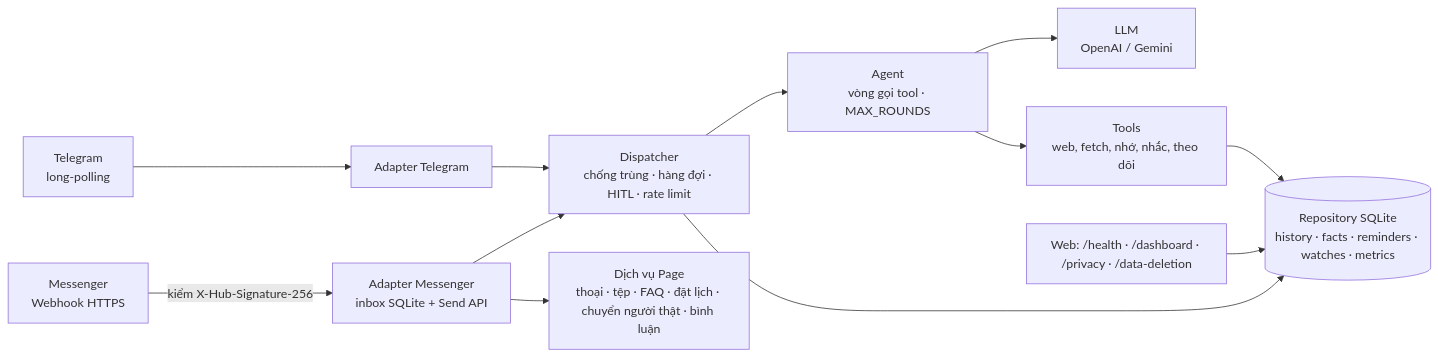
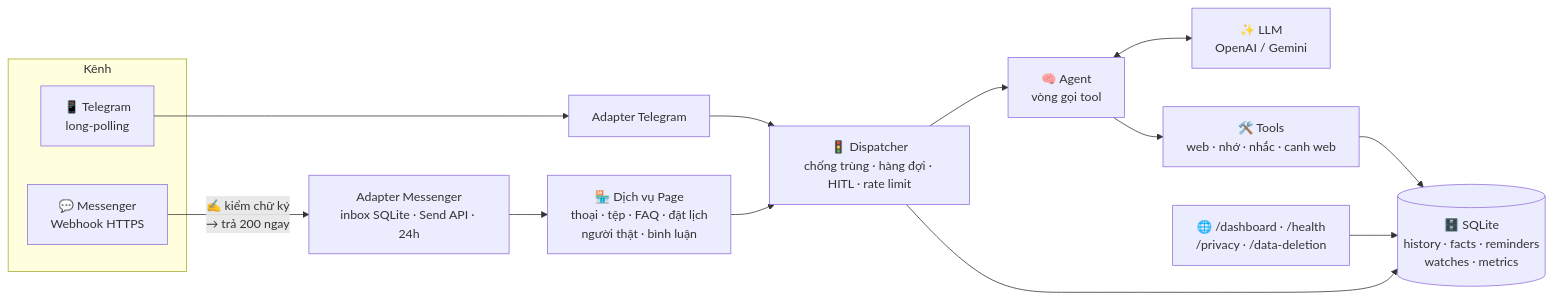
The first of 2 diagrams in README.md (luan0217091310-gif/bot-facebook-message), drawn with Mermaid before and after one commit. The commit also changed other lines of this file and 2 other files, not shown here.

Commit message:
docs: rewrite README as a lively multichannel guide; keep Telegram README under docs

````diff
--- a/README.md
+++ b/README.md
@@ -8,12 +154,17 @@
 ```mermaid
 flowchart LR
-  TG[Telegram<br/>long-polling] --> AT[Adapter Telegram]
-  FB[Messenger<br/>Webhook HTTPS] -->|kiểm X-Hub-Signature-256| AM[Adapter Messenger<br/>inbox SQLite + Send API]
-  AT & AM --> D[Dispatcher<br/>chống trùng · hàng đợi · HITL · rate limit]
-  D --> A[Agent<br/>vòng gọi tool · MAX_ROUNDS]
-  A --> L[LLM<br/>OpenAI / Gemini]
-  A --> T[Tools<br/>web, fetch, nhớ, nhắc, theo dõi]
-  D & T --> M[(Repository SQLite<br/>history · facts · reminders · watches · metrics)]
-  AM --> P[Dịch vụ Page<br/>thoại · tệp · FAQ · đặt lịch · chuyển người thật · bình luận]
-  W[Web: /health · /dashboard · /privacy · /data-deletion] --> M
+  subgraph Kênh
+    TG["📱 Telegram<br/>long-polling"]
+    FB["💬 Messenger<br/>Webhook HTTPS"]
+  end
+  TG --> AT["Adapter Telegram"]
+  FB -- "✍️ kiểm chữ ký<br/>→ trả 200 ngay" --> AM["Adapter Messenger<br/>inbox SQLite · Send API · 24h"]
+  AT --> D
+  AM --> PS["🏪 Dịch vụ Page<br/>thoại · tệp · FAQ · đặt lịch<br/>người thật · bình luận"]
+  PS --> D["🚦 Dispatcher<br/>chống trùng · hàng đợi · HITL · rate limit"]
+  D --> A["🧠 Agent<br/>vòng gọi tool"]
+  A <--> L["✨ LLM<br/>OpenAI / Gemini"]
+  A --> T["🛠️ Tools<br/>web · nhớ · nhắc · canh web"]
+  D & T --> DB[("🗄️ SQLite<br/>history · facts · reminders<br/>watches · metrics")]
+  W["🌐 /dashboard · /health<br/>/privacy · /data-deletion"] --> DB
 ```
````
